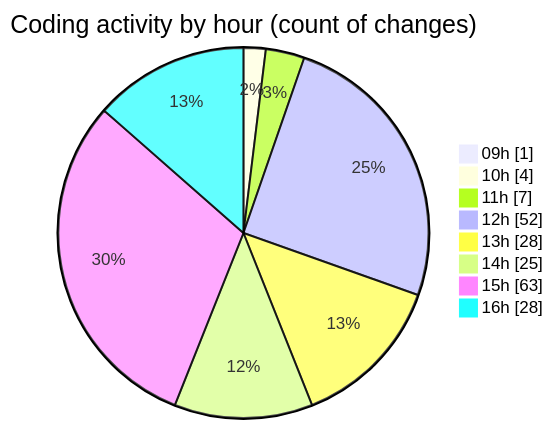
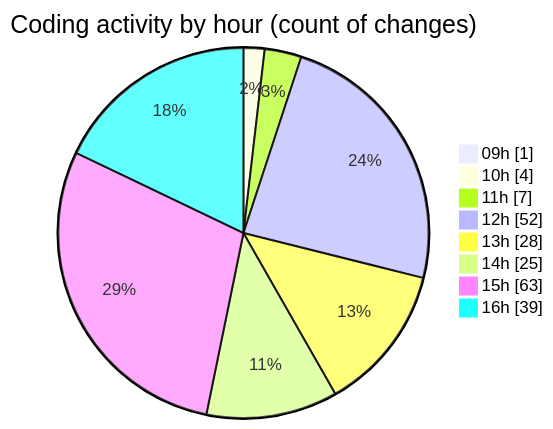
The second of 2 diagrams in 2025-04-07/cda/README.md (momahboobian/code-tracking), drawn with Mermaid before and after one commit. The commit also changed other lines of this file and 1 other file, not shown here.

````diff
--- a/2025-04-07/cda/README.md
+++ b/2025-04-07/cda/README.md
@@ -40,12 +40,12 @@
 ```mermaid
 pie showData
 title Coding activity by hour (count of changes)
 "09h" : 1
 "10h" : 4
 "11h" : 7
 "12h" : 52
 "13h" : 28
 "14h" : 25
 "15h" : 63
-"16h" : 28
+"16h" : 39
 ```
````
